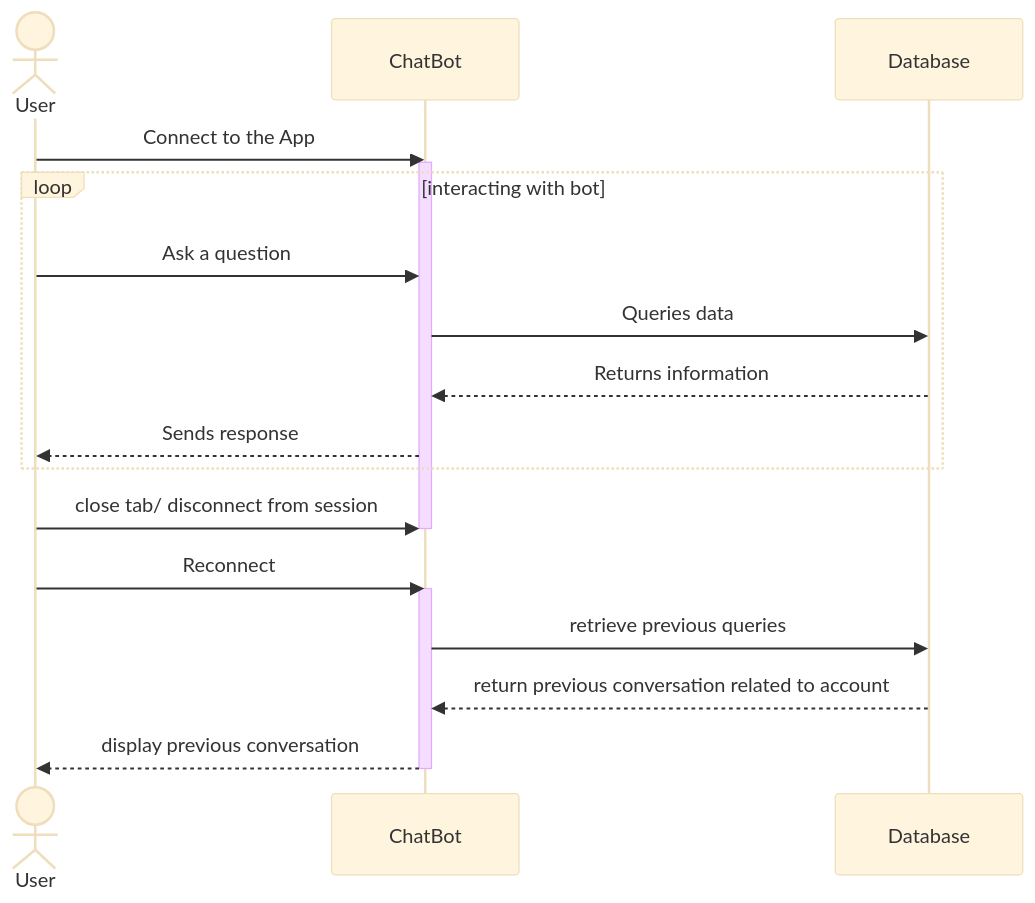
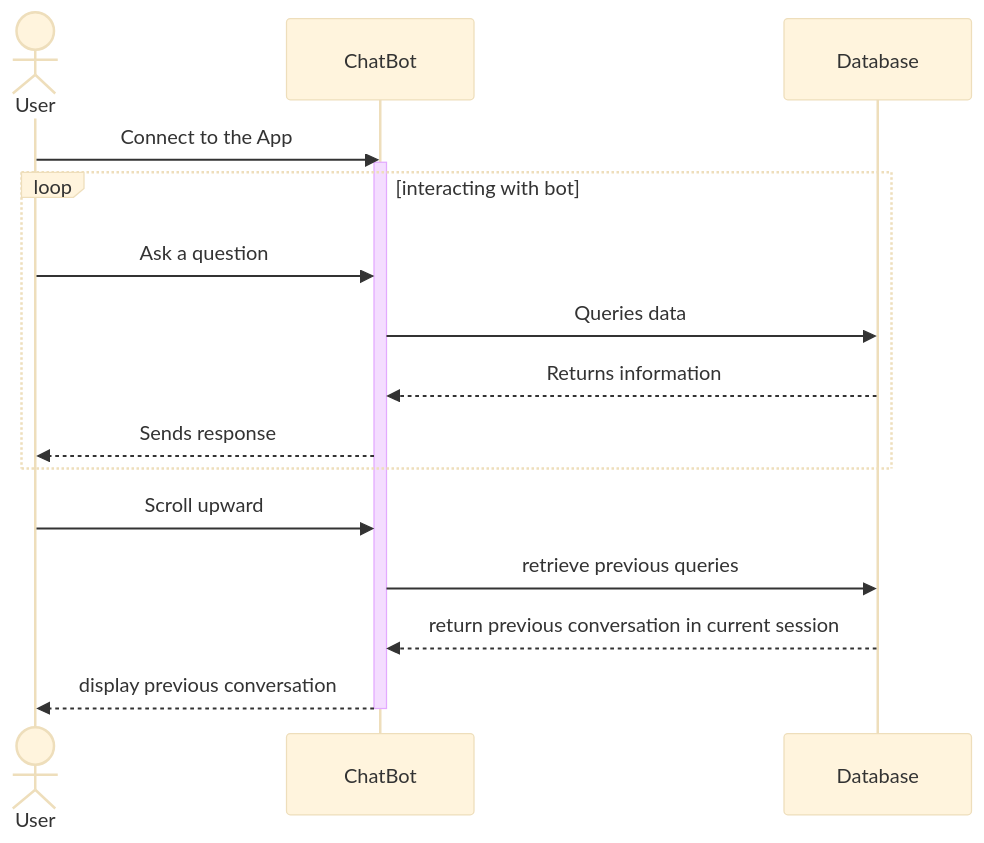
The third of 4 diagrams in documentation/docs/requirements/use-case-descriptions.md (Capstone-Projects-2025-Spring/project-003-bioinformatics-chatbot), drawn with Mermaid (base theme) before and after one commit. The commit also changed other lines of this file and 5 other files, not shown here.

````diff
--- a/documentation/docs/requirements/use-case-descriptions.md
+++ b/documentation/docs/requirements/use-case-descriptions.md
@@ -86,27 +95,22 @@
 ```mermaid
 sequenceDiagram
     actor A as User
     participant B as ChatBot
     participant C as Database
     
     
     A->>B: Connect to the App
     activate B
     loop interacting with bot
         A->>B: Ask a question
         B->>C: Queries data
         C-->>B: Returns information
         B-->>A: Sends response
     end
-    A->>B: close tab/ disconnect from session
-    deactivate B
-
-    A->>B: Reconnect
-    activate B
+    A->>B: Scroll upward
+    
     B->>C: retrieve previous queries
-    C-->>B: return previous conversation related to account
+    C-->>B: return previous conversation in current session
     B-->>A: display previous conversation
-    
-
     deactivate B
 ```
````
